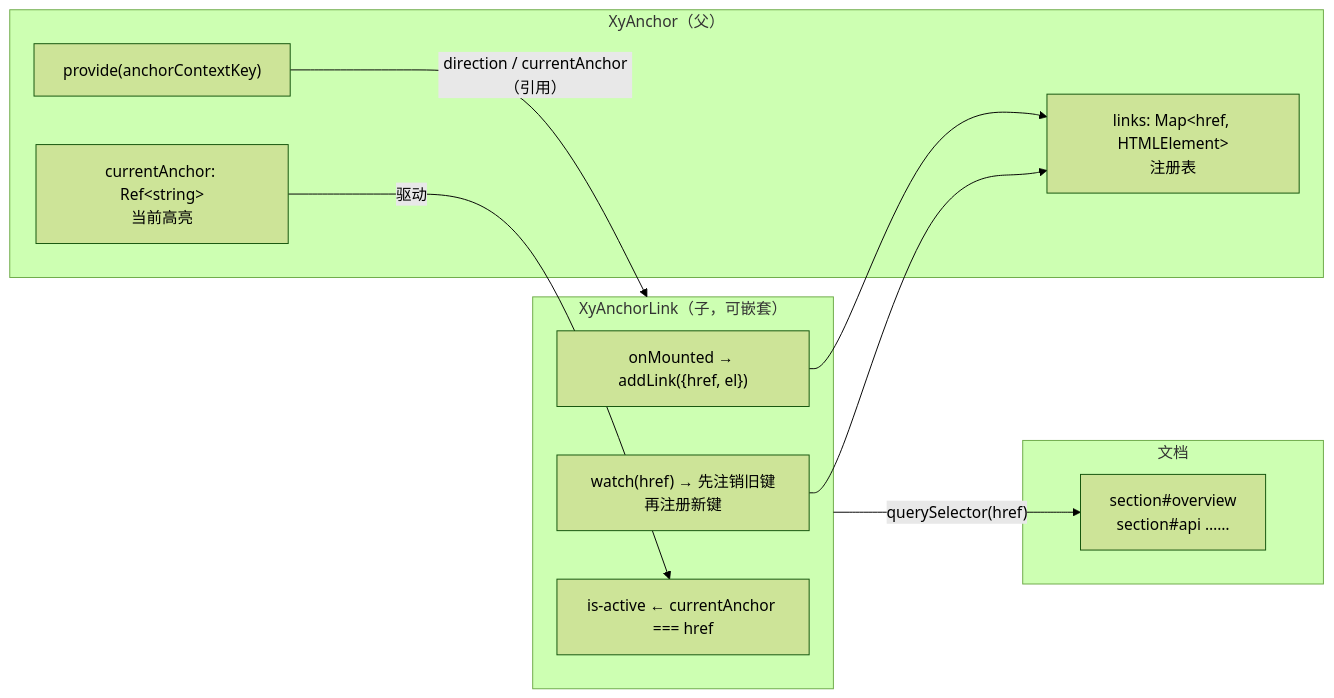
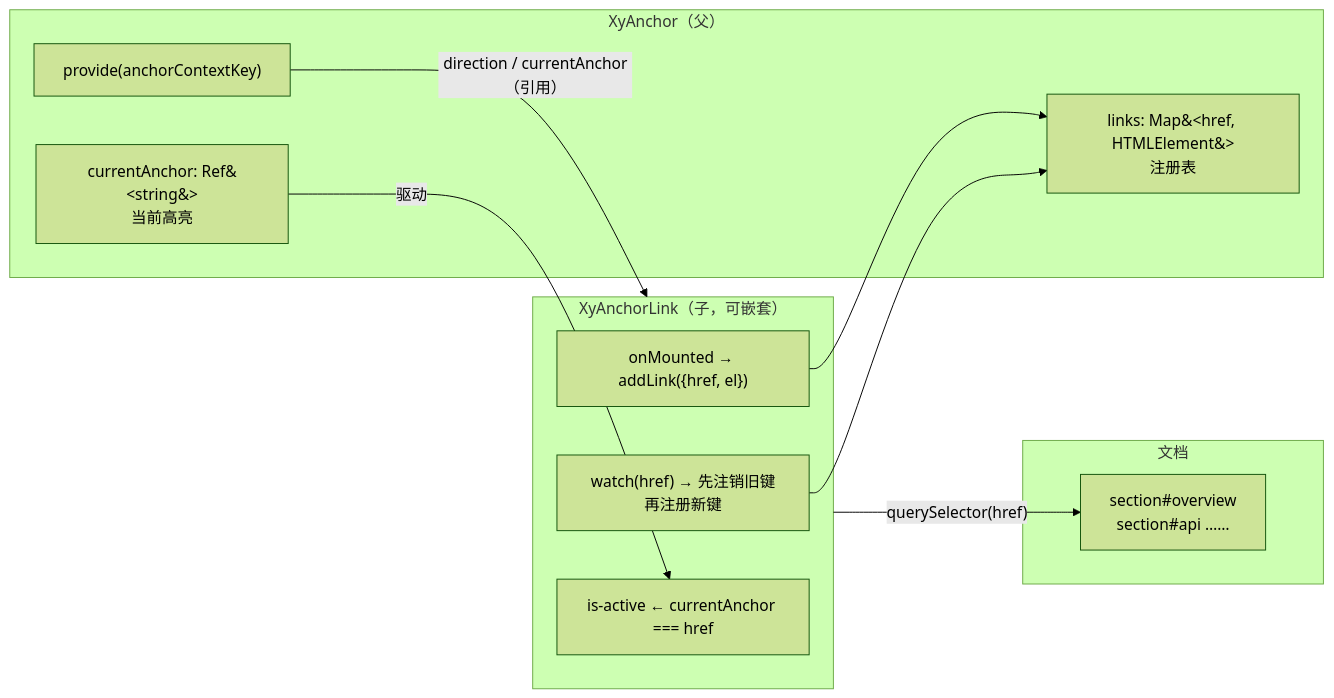
One commit to zhangzhengyang27/tech-codex changed the first of 3 diagrams in docs/14-组件库专栏/5-基础组件基础篇/5-14-Anchor-锚点与滚动联动.md. Above: the diagram before and after it, drawn with Mermaid (forest theme). The commit also changed 195 other files, not shown here.

````diff
--- a/docs/14-组件库专栏/5-基础组件基础篇/5-14-Anchor-锚点与滚动联动.md
+++ b/docs/14-组件库专栏/5-基础组件基础篇/5-14-Anchor-锚点与滚动联动.md
@@ -184,21 +184,21 @@
 ```mermaid
 flowchart LR
     subgraph A["XyAnchor（父）"]
-        M["links: Map&lt;href, HTMLElement&gt;<br/>注册表"]
-        C["currentAnchor: Ref&lt;string&gt;<br/>当前高亮"]
+        M["links: Map&#60;href, HTMLElement&#62;<br/>注册表"]
+        C["currentAnchor: Ref&#60;string&#62;<br/>当前高亮"]
         P["provide(anchorContextKey)"]
     end
     subgraph L["XyAnchorLink（子，可嵌套）"]
         R["onMounted → addLink({href, el})"]
         W["watch(href) → 先注销旧键再注册新键"]
         K["is-active ← currentAnchor === href"]
     end
     subgraph D["文档"]
         T["section#overview<br/>section#api ……"]
     end
     P -- "direction / currentAnchor（引用）" --> L
     R --> M
     W --> M
     C -- "驱动" --> K
     L -- "querySelector(href)" --> T
 ```
````
